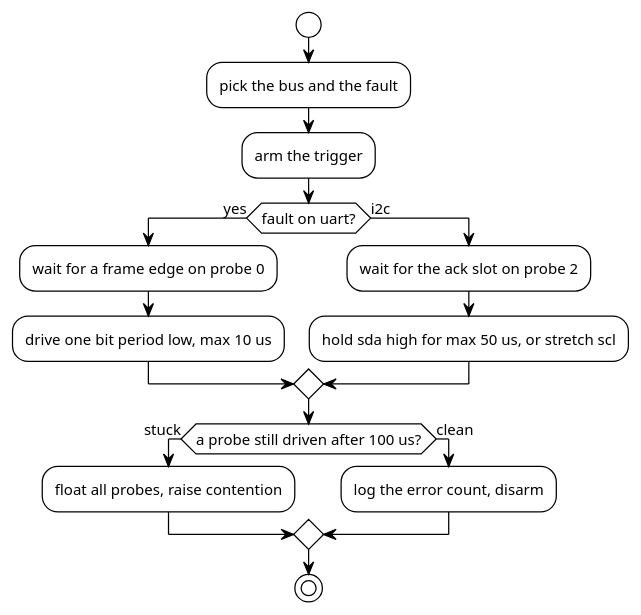
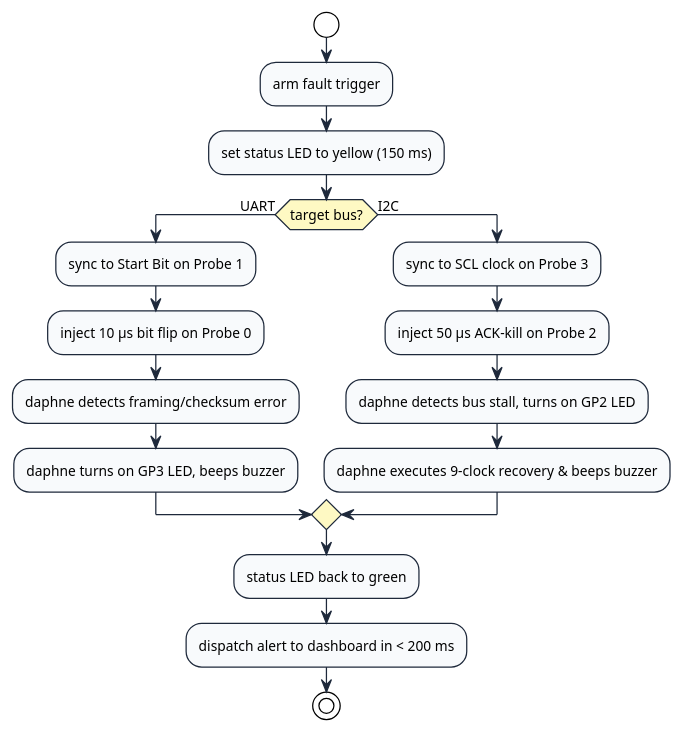
Before and after one commit to adoreblvnk/whattheflip: the diagram in reports/diagrams/fuzzer_flow.puml, drawn with PlantUML. The commit also changed 11 other files, not shown here.

First line of the commit message:
docs: rework hardware enumeration, tech stack, and bench diagrams

```diff
--- a/reports/diagrams/fuzzer_flow.puml
+++ b/reports/diagrams/fuzzer_flow.puml
@@ -1,26 +1,31 @@
 @startuml fuzzer_flow
 !theme plain
 skinparam backgroundColor #FFFFFF
 skinparam defaultFontName Arial
-skinparam defaultFontSize 12
+skinparam defaultFontSize 11
 skinparam shadowing false
+skinparam ActivityBorderColor #1E293B
+skinparam ActivityBackgroundColor #F8FAFC
+skinparam ActivityDiamondBackgroundColor #FEF9C3
+skinparam ArrowColor #1E293B
 
 start
-:pick the bus and the fault;
-:arm the trigger;
+:arm fault trigger;
+:set status LED to yellow (150 ms);
 
-if (fault on uart?) then (yes)
-  :wait for a frame edge on probe 0;
-  :drive one bit period low, max 10 us;
-else (i2c)
-  :wait for the ack slot on probe 2;
-  :hold sda high for max 50 us, or stretch scl;
+if (target bus?) then (UART)
+  :sync to Start Bit on Probe 1;
+  :inject 10 µs bit flip on Probe 0;
+  :daphne detects framing/checksum error;
+  :daphne turns on GP3 LED, beeps buzzer;
+else (I2C)
+  :sync to SCL clock on Probe 3;
+  :inject 50 µs ACK-kill on Probe 2;
+  :daphne detects bus stall, turns on GP2 LED;
+  :daphne executes 9-clock recovery & beeps buzzer;
 endif
 
-if (a probe still driven after 100 us?) then (stuck)
-  :float all probes, raise contention;
-else (clean)
-  :log the error count, disarm;
-endif
+:status LED back to green;
+:dispatch alert to dashboard in < 200 ms;
 stop
 @enduml
```
